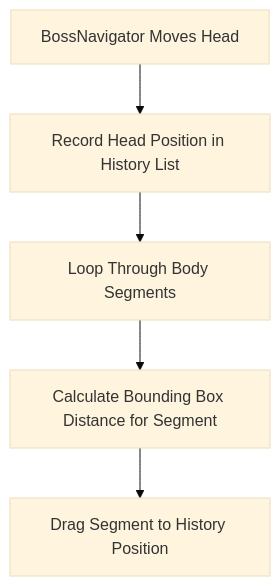
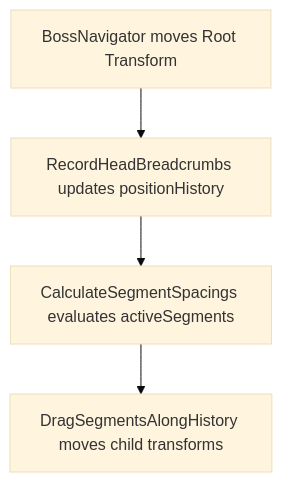
One commit to NatalieC001/ObiRopeTest changed the fourth of 4 diagrams in Dragon_Code_Overview.md. Above: the diagram before and after it, drawn with Mermaid (base theme). The commit also changed other lines of this file, not shown here.

First line of the commit message:
docs: update Mermaid flowcharts to reference explicit C# methods

````diff
--- a/Dragon_Code_Overview.md
+++ b/Dragon_Code_Overview.md
@@ -118,7 +125,6 @@
 ```mermaid
 graph TD
-    Head[BossNavigator Moves Head] --> Record[Record Head Position in History List]
-    Record --> Loop[Loop Through Body Segments]
-    Loop --> Spacing[Calculate Bounding Box Distance for Segment]
-    Spacing --> Drag[Drag Segment to History Position]
+    Head[BossNavigator moves Root Transform] --> Record[RecordHeadBreadcrumbs updates positionHistory]
+    Record --> Loop[CalculateSegmentSpacings evaluates activeSegments]
+    Loop --> Drag[DragSegmentsAlongHistory moves child transforms]
 ```
````
